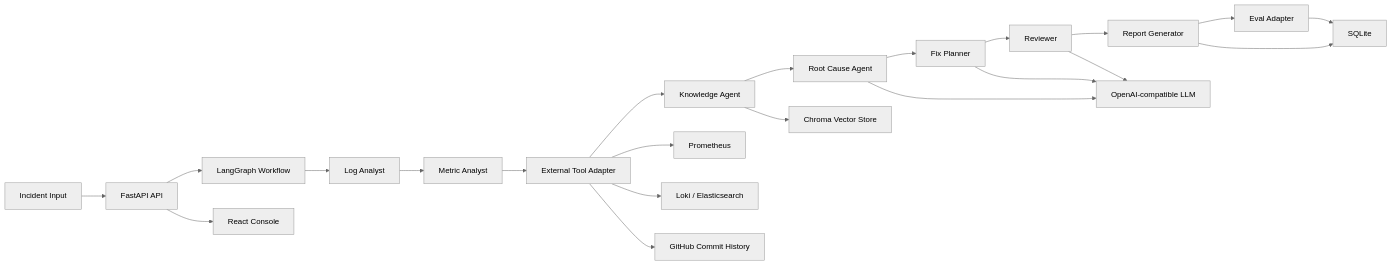
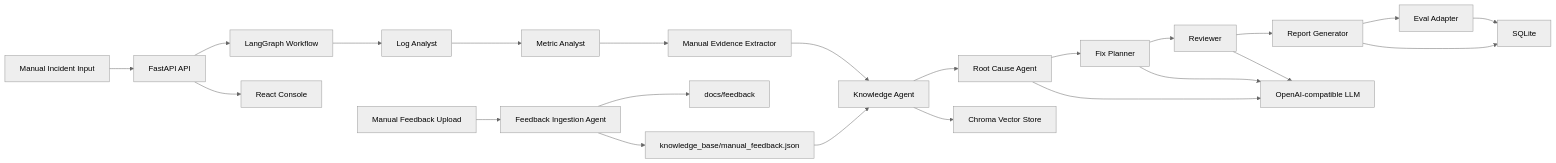
One commit to Z-2005-HJ/Multi-Agent-Incident-Response-System changed the diagram in README.md. Above: the diagram before and after it, drawn with Mermaid (neutral theme). The commit also changed other lines of this file and 19 other files, not shown here.

Commit message:
Remove external clients and add manual feedback ingestion

````diff
--- a/README.md
+++ b/README.md
@@ -38,27 +42,29 @@
 ```mermaid
 flowchart LR
-    A["Incident Input"] --> B["FastAPI API"]
+    A["Manual Incident Input"] --> B["FastAPI API"]
     B --> C["LangGraph Workflow"]
 
     C --> D["Log Analyst"]
     D --> E["Metric Analyst"]
-    E --> F["External Tool Adapter"]
+    E --> F["Manual Evidence Extractor"]
     F --> G["Knowledge Agent"]
     G --> H["Root Cause Agent"]
     H --> I["Fix Planner"]
     I --> J["Reviewer"]
     J --> K["Report Generator"]
     K --> L["Eval Adapter"]
 
-    F --> F1["Prometheus"]
-    F --> F2["Loki / Elasticsearch"]
-    F --> F3["GitHub Commit History"]
-    G --> G1["Chroma Vector Store"]
-    H --> M["OpenAI-compatible LLM"]
-    I --> M
-    J --> M
+    P["Manual Feedback Upload"] --> Q["Feedback Ingestion Agent"]
+    Q --> R["docs/feedback"]
+    Q --> S["knowledge_base/manual_feedback.json"]
+    S --> G
 
-    L --> N["SQLite"]
-    K --> N
-    B --> O["React Console"]
+    G --> T["Chroma Vector Store"]
+    H --> U["OpenAI-compatible LLM"]
+    I --> U
+    J --> U
+
+    L --> V["SQLite"]
+    K --> V
+    B --> W["React Console"]
 ```
````
